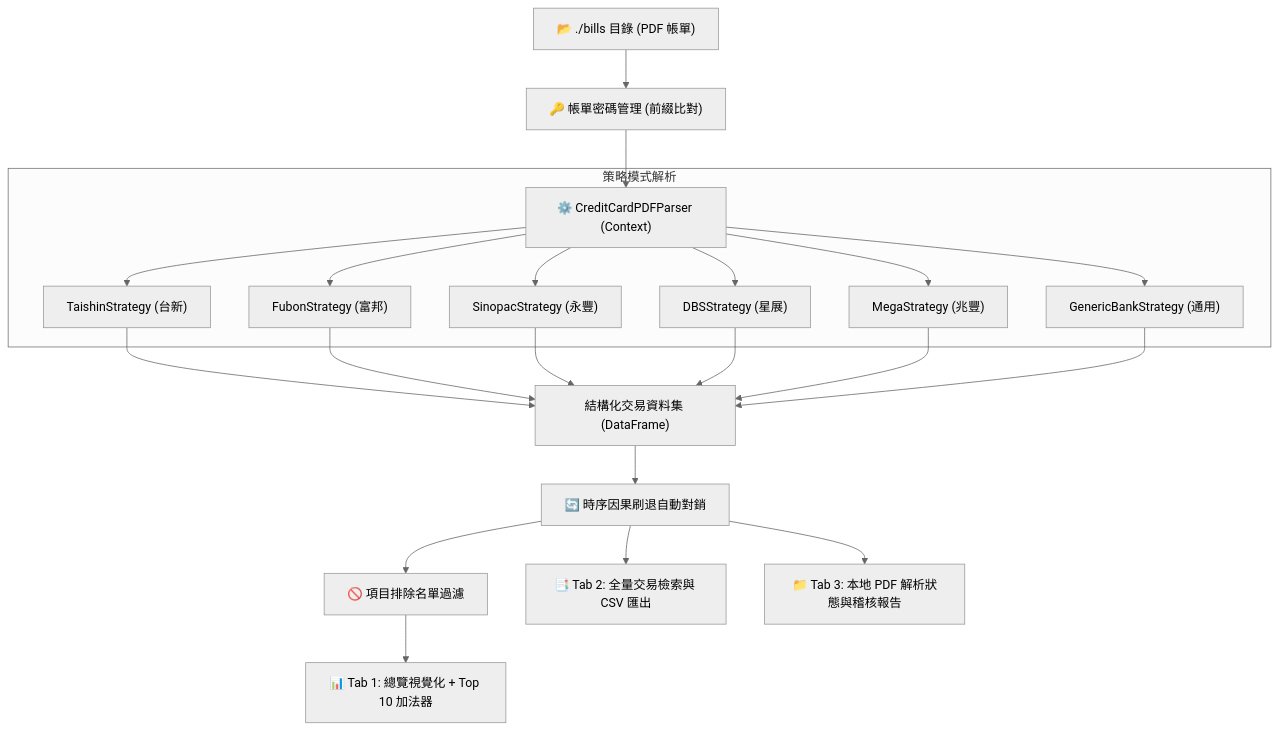
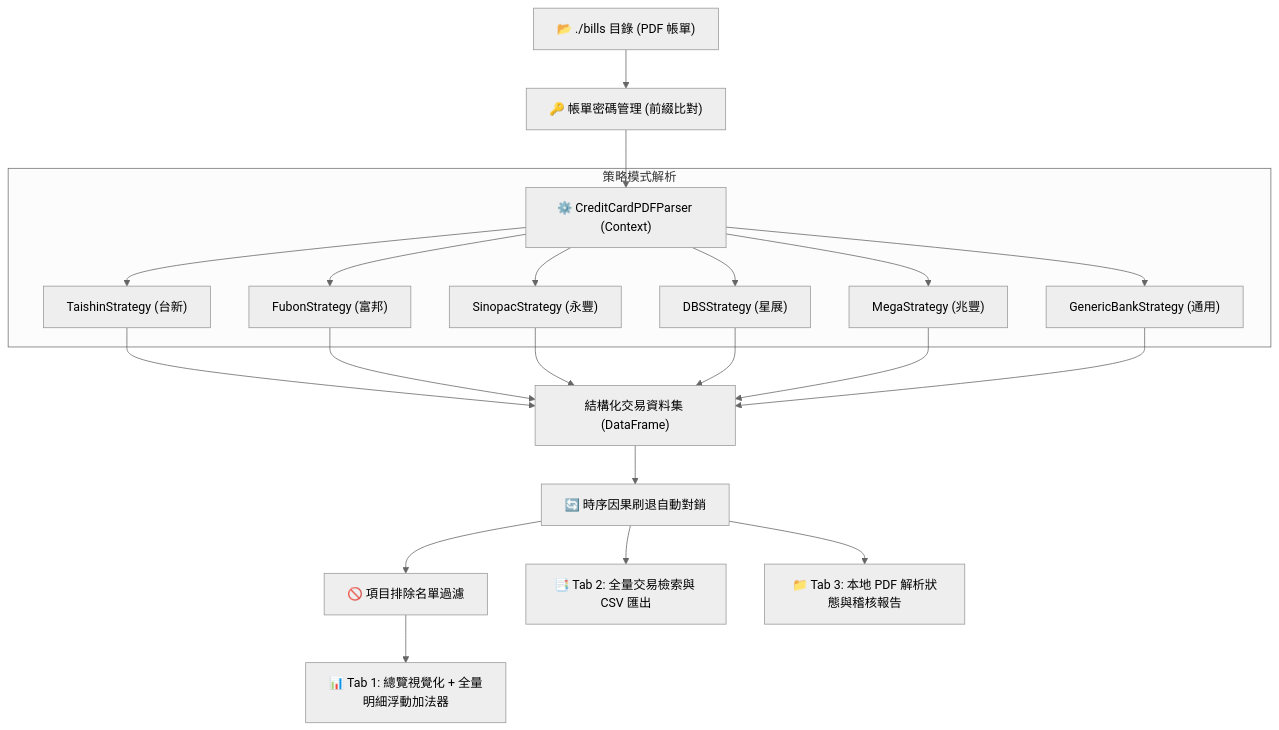
The diagram in README.md (r1244460xx/WhyAmIBroke), drawn with Mermaid (neutral theme) before and after one commit. The commit also changed other lines of this file and 1 other file, not shown here.

````diff
--- a/README.md
+++ b/README.md
@@ -88,23 +90,23 @@
 ```mermaid
 flowchart TD
     A["📂 ./bills 目錄 (PDF 帳單)"] --> B["🔑 帳單密碼管理 (前綴比對)"]
     B --> C["⚙️ CreditCardPDFParser (Context)"]
     
     subgraph 策略模式解析
         C --> D1["TaishinStrategy (台新)"]
         C --> D2["FubonStrategy (富邦)"]
         C --> D3["SinopacStrategy (永豐)"]
         C --> D4["DBSStrategy (星展)"]
         C --> D5["MegaStrategy (兆豐)"]
         C --> D6["GenericBankStrategy (通用)"]
     end
     
     D1 & D2 & D3 & D4 & D5 & D6 --> E["結構化交易資料集 (DataFrame)"]
     
     E --> F["🔄 時序因果刷退自動對銷"]
     F --> G1["🚫 項目排除名單過濾"]
-    G1 --> H1["📊 Tab 1: 總覽視覺化 + Top 10 加法器"]
+    G1 --> H1["📊 Tab 1: 總覽視覺化 + 全量明細浮動加法器"]
     
     F --> H2["📑 Tab 2: 全量交易檢索與 CSV 匯出"]
     F --> H3["📁 Tab 3: 本地 PDF 解析狀態與稽核報告"]
 ```
````
